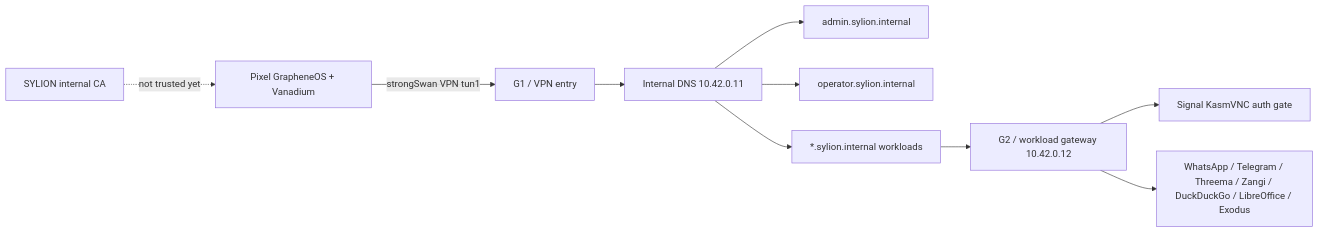
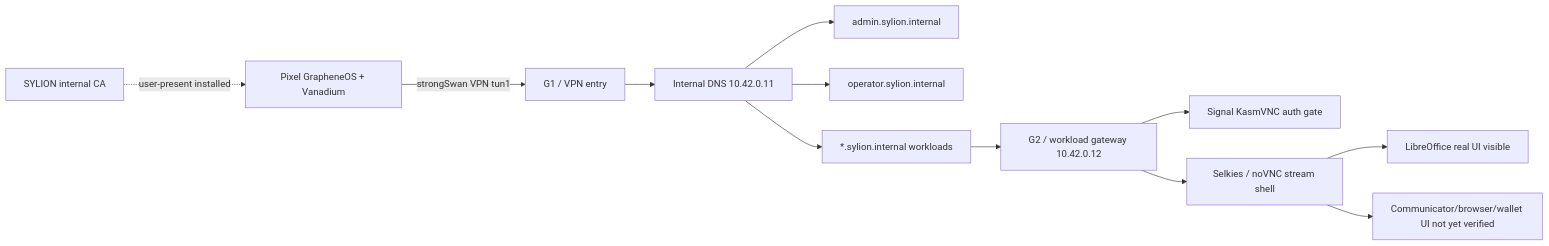
One commit to officemexel-hash/sylion_secure changed the diagram in docs/admin-panel-v2/82-step3-40-pixel-live-human-regression.md. Above: the diagram before and after it, drawn with Mermaid. The commit also changed other lines of this file and 1 other file, not shown here.

Commit message:
Tighten Pixel workload visual regression

````diff
--- a/docs/admin-panel-v2/82-step3-40-pixel-live-human-regression.md
+++ b/docs/admin-panel-v2/82-step3-40-pixel-live-human-regression.md
@@ -96,12 +102,14 @@
 ```mermaid
 flowchart LR
     Pixel["Pixel GrapheneOS + Vanadium"] -->|"strongSwan VPN tun1"| G1["G1 / VPN entry"]
     G1 --> DNS["Internal DNS 10.42.0.11"]
     DNS --> Admin["admin.sylion.internal"]
     DNS --> Operator["operator.sylion.internal"]
     DNS --> Workloads["*.sylion.internal workloads"]
     Workloads --> Gateway["G2 / workload gateway 10.42.0.12"]
     Gateway --> Signal["Signal KasmVNC auth gate"]
-    Gateway --> Apps["WhatsApp / Telegram / Threema / Zangi / DuckDuckGo / LibreOffice / Exodus"]
-    CA["SYLION internal CA"] -. "not trusted yet" .-> Pixel
+    Gateway --> Shell["Selkies / noVNC stream shell"]
+    Shell --> Libre["LibreOffice real UI visible"]
+    Shell --> Blocked["Communicator/browser/wallet UI not yet verified"]
+    CA["SYLION internal CA"] -. "user-present installed" .-> Pixel
 ```
````
